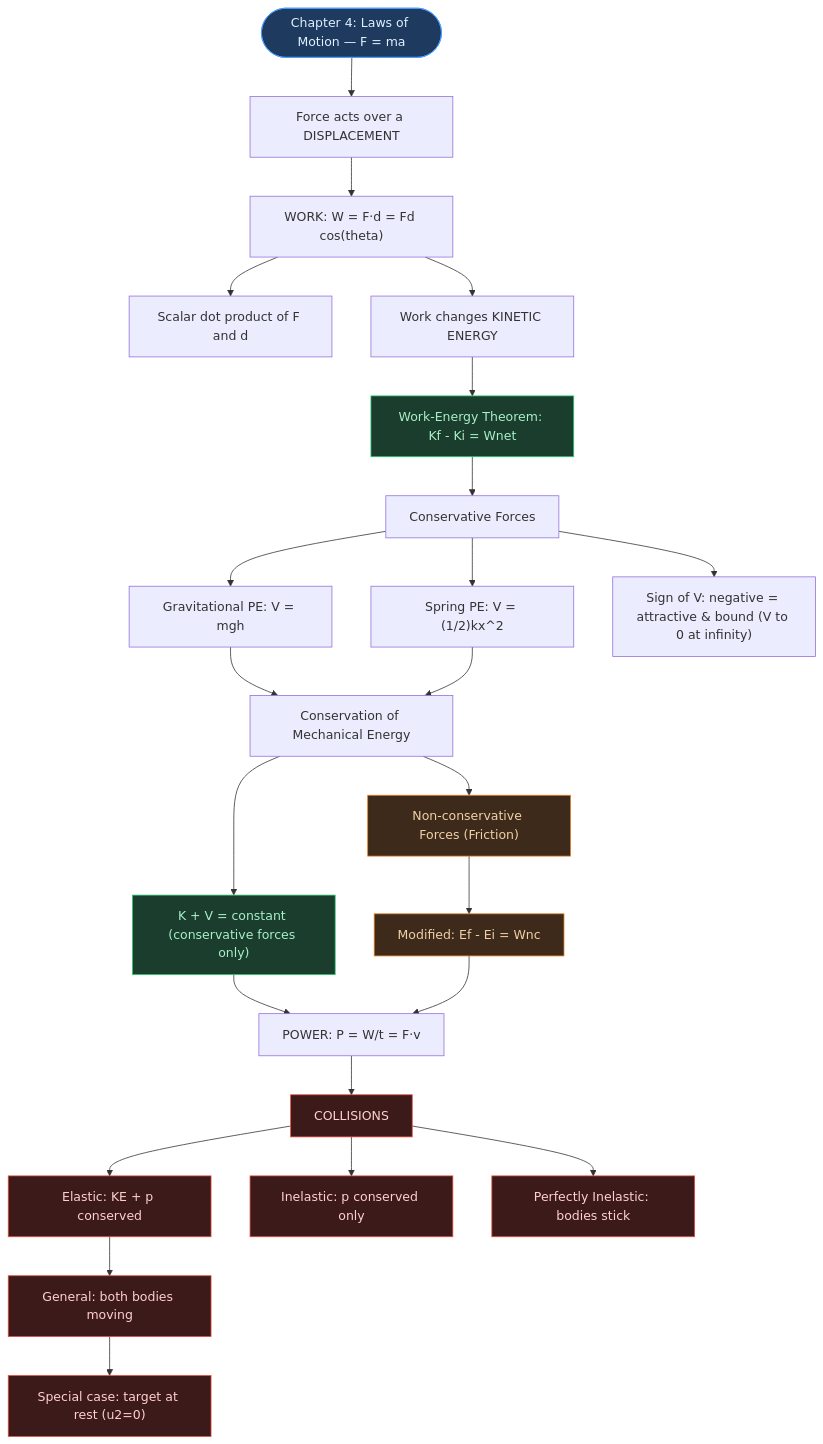
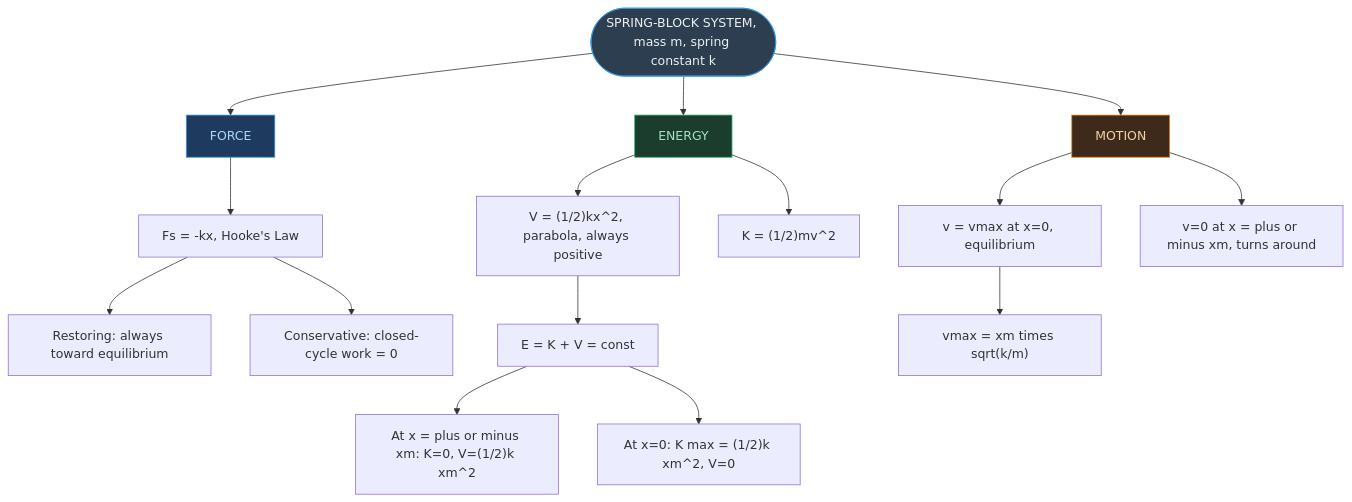
The sixth of 8 diagrams in AI-NOTES/PHYSICS/PHYSICS05-WORK_ENERGY_AND_POWER/PHYSICS05-WORK_ENERGY_AND_POWER-NOTES.md (fsr-science/NCERT-Science), drawn with Mermaid before and after one commit. The commit also changed other lines of this file and 8 other files, not shown here.

````diff
--- a/AI-NOTES/PHYSICS/PHYSICS05-WORK_ENERGY_AND_POWER/PHYSICS05-WORK_ENERGY_AND_POWER-NOTES.md
+++ b/AI-NOTES/PHYSICS/PHYSICS05-WORK_ENERGY_AND_POWER/PHYSICS05-WORK_ENERGY_AND_POWER-NOTES.md
@@ -54,38 +289,26 @@
 ```mermaid
 flowchart TD
-    A(["Chapter 4: Laws of Motion — F = ma"])
-    A --> B["Force acts over a DISPLACEMENT"]
-    B --> C["WORK: W = F·d = Fd cos(theta)"]
-    C --> C1["Scalar dot product of F and d"]
-    C --> D["Work changes KINETIC ENERGY"]
-    D --> E["Work-Energy Theorem: Kf - Ki = Wnet"]
-    E --> F["Conservative Forces"]
-    F --> F1["Gravitational PE: V = mgh"]
-    F --> F2["Spring PE: V = (1/2)kx^2"]
-    F --> F3["Sign of V: negative = attractive & bound (V to 0 at infinity)"]
-    F1 --> G["Conservation of Mechanical Energy"]
-    F2 --> G
-    G --> G1["K + V = constant (conservative forces only)"]
-    G --> H["Non-conservative Forces (Friction)"]
-    H --> H1["Modified: Ef - Ei = Wnc"]
-    G1 --> I["POWER: P = W/t = F·v"]
-    H1 --> I
-    I --> J["COLLISIONS"]
-    J --> J1["Elastic: KE + p conserved"]
-    J1 --> J1a["General: both bodies moving"]
-    J1a --> J1b["Special case: target at rest (u2=0)"]
-    J --> J2["Inelastic: p conserved only"]
-    J --> J3["Perfectly Inelastic: bodies stick"]
+    ROOT(["SPRING-BLOCK SYSTEM, mass m, spring constant k"])
+    ROOT --> FORCE["FORCE"]
+    ROOT --> ENERGY["ENERGY"]
+    ROOT --> MOTION["MOTION"]
 
-    style A fill:#1e3a5f,color:#e0f0ff,stroke:#4a9eff
-    style E fill:#1a3d2e,color:#a8f0c6,stroke:#2ecc71
-    style G1 fill:#1a3d2e,color:#a8f0c6,stroke:#2ecc71
-    style H fill:#3d2a1a,color:#f0d0a8,stroke:#e67e22
-    style H1 fill:#3d2a1a,color:#f0d0a8,stroke:#e67e22
-    style J fill:#3d1a1a,color:#ffd0d0,stroke:#e74c3c
-    style J1 fill:#3d1a1a,color:#ffd0d0,stroke:#e74c3c
-    style J1a fill:#3d1a1a,color:#ffd0d0,stroke:#e74c3c
-    style J1b fill:#3d1a1a,color:#ffd0d0,stroke:#e74c3c
-    style J2 fill:#3d1a1a,color:#ffd0d0,stroke:#e74c3c
-    style J3 fill:#3d1a1a,color:#ffd0d0,stroke:#e74c3c
+    FORCE --> FORCE1["Fs = -kx, Hooke's Law"]
+    FORCE1 --> FORCE2["Restoring: always toward equilibrium"]
+    FORCE1 --> FORCE3["Conservative: closed-cycle work = 0"]
+
+    ENERGY --> ENERGY1["V = (1/2)kx^2, parabola, always positive"]
+    ENERGY --> ENERGY2["K = (1/2)mv^2"]
+    ENERGY1 --> ENERGY3["E = K + V = const"]
+    ENERGY3 --> ENERGY4["At x = plus or minus xm: K=0, V=(1/2)k xm^2"]
+    ENERGY3 --> ENERGY5["At x=0: K max = (1/2)k xm^2, V=0"]
+
+    MOTION --> MOTION1["v = vmax at x=0, equilibrium"]
+    MOTION1 --> MOTION2["vmax = xm times sqrt(k/m)"]
+    MOTION --> MOTION3["v=0 at x = plus or minus xm, turns around"]
+
+    style ROOT fill:#2c3e50,color:#ecf0f1,stroke:#3498db
+    style FORCE fill:#1e3a5f,color:#aed6f1,stroke:#3498db
+    style ENERGY fill:#1a3d2e,color:#a9dfbf,stroke:#27ae60
+    style MOTION fill:#3d2a1a,color:#f0d0a8,stroke:#e67e22
 ```
````
